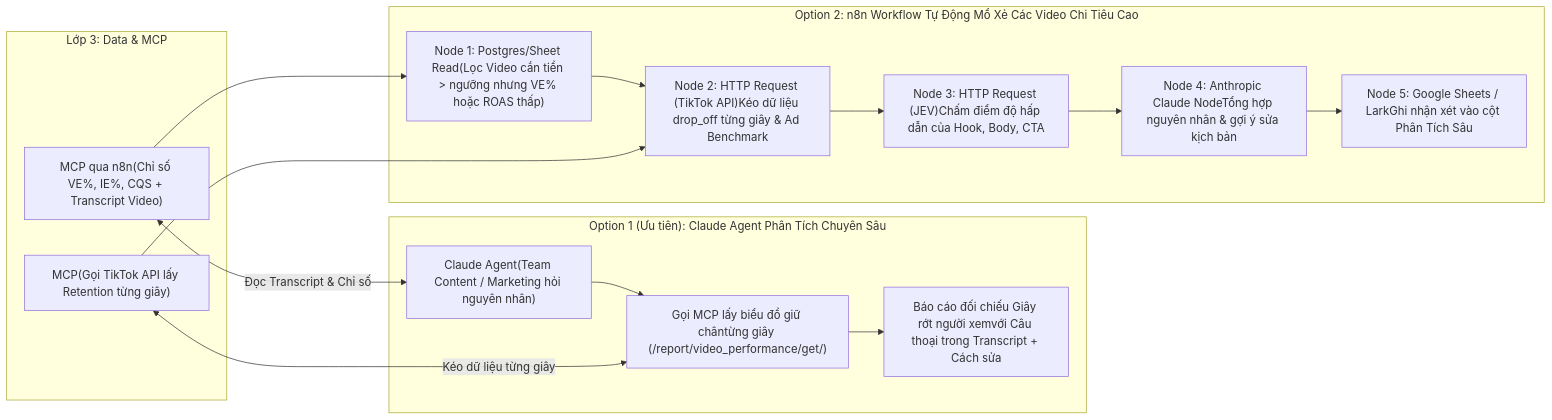
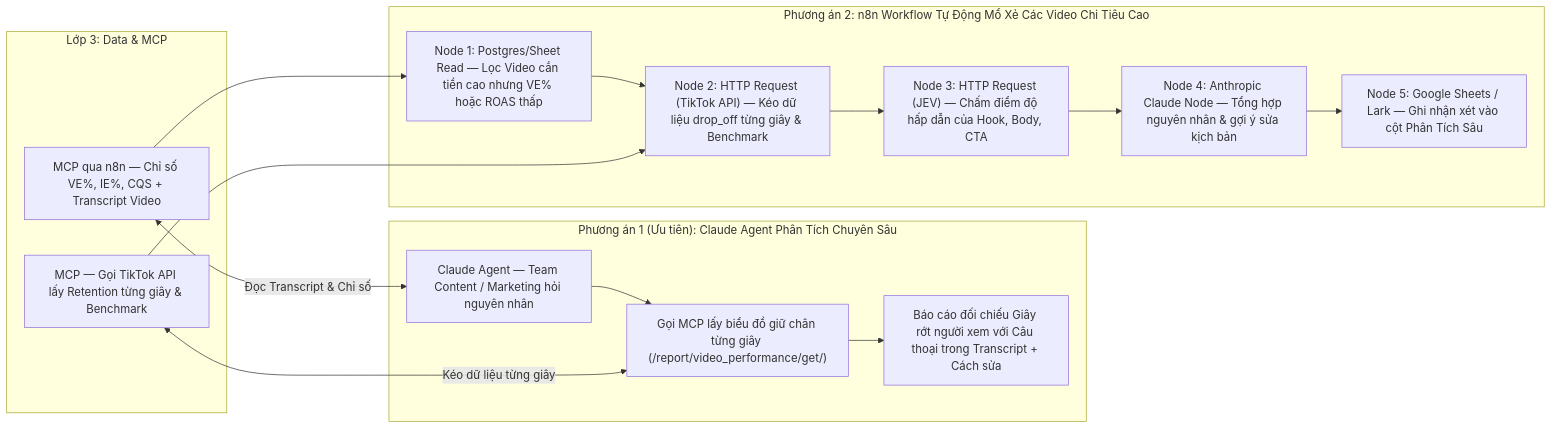
Before and after one commit to hattorimkk/api-docs: the seventh of 17 diagrams in SYSTEM_ARCHITECTURE.md, drawn with Mermaid. The commit also changed other lines of this file, not shown here.

Commit message:
sửa format tí

````diff
--- a/SYSTEM_ARCHITECTURE.md
+++ b/SYSTEM_ARCHITECTURE.md
@@ -457,29 +597,29 @@
 ```mermaid
 flowchart LR
-    subgraph L3_VID["Lớp 3: Data & MCP"]
-        V_DATA["MCP qua n8n(Chỉ số VE%, IE%, CQS + Transcript Video)"]
-        V_API["MCP(Gọi TikTok API lấy Retention từng giây)"]
+    subgraph L3_2B["Lớp 3: Data & MCP"]
+        V_DATA["MCP qua n8n — Chỉ số VE%, IE%, CQS + Transcript Video"]
+        V_API["MCP — Gọi TikTok API lấy Retention từng giây & Benchmark"]
     end
 
-    subgraph OPT1_VID["Option 1 (Ưu tiên): Claude Agent Phân Tích Chuyên Sâu"]
-        CLAUDE_V["Claude Agent(Team Content / Marketing hỏi nguyên nhân)"]
-        TOOL_RET["Gọi MCP lấy biểu đồ giữ chântừng giây (/report/video_performance/get/)"]
-        OUT_V["Báo cáo đối chiếu Giây rớt người xemvới Câu thoại trong Transcript + Cách sửa"]
-        CLAUDE_V --> TOOL_RET --> OUT_V
+    subgraph OPT1_2B["Phương án 1 (Ưu tiên): Claude Agent Phân Tích Chuyên Sâu"]
+        CLAUDE_2B["Claude Agent — Team Content / Marketing hỏi nguyên nhân"]
+        TOOL_RET["Gọi MCP lấy biểu đồ giữ chân từng giây (/report/video_performance/get/)"]
+        OUT_2B["Báo cáo đối chiếu Giây rớt người xem với Câu thoại trong Transcript + Cách sửa"]
+        CLAUDE_2B --> TOOL_RET --> OUT_2B
     end
 
-    subgraph OPT2_VID["Option 2: n8n Workflow Tự Động Mổ Xẻ Các Video Chi Tiêu Cao"]
-        NV1["Node 1: Postgres/Sheet Read(Lọc Video cắn tiền > ngưỡng nhưng VE% hoặc ROAS thấp)"]
-        NV2["Node 2: HTTP Request (TikTok API)Kéo dữ liệu drop_off từng giây & Ad Benchmark"]
-        NV3["Node 3: HTTP Request (JEV)Chấm điểm độ hấp dẫn của Hook, Body, CTA"]
-        NV4["Node 4: Anthropic Claude NodeTổng hợp nguyên nhân & gợi ý sửa kịch bản"]
-        NV5["Node 5: Google Sheets / LarkGhi nhận xét vào cột Phân Tích Sâu"]
-        NV1 --> NV2 --> NV3 --> NV4 --> NV5
+    subgraph OPT2_2B["Phương án 2: n8n Workflow Tự Động Mổ Xẻ Các Video Chi Tiêu Cao"]
+        NV_1["Node 1: Postgres/Sheet Read — Lọc Video cắn tiền cao nhưng VE% hoặc ROAS thấp"]
+        NV_2["Node 2: HTTP Request (TikTok API) — Kéo dữ liệu drop_off từng giây & Benchmark"]
+        NV_3["Node 3: HTTP Request (JEV) — Chấm điểm độ hấp dẫn của Hook, Body, CTA"]
+        NV_4["Node 4: Anthropic Claude Node — Tổng hợp nguyên nhân & gợi ý sửa kịch bản"]
+        NV_5["Node 5: Google Sheets / Lark — Ghi nhận xét vào cột Phân Tích Sâu"]
+        NV_1 --> NV_2 --> NV_3 --> NV_4 --> NV_5
     end
 
-    V_DATA <-->|"Đọc Transcript & Chỉ số"| CLAUDE_V
+    V_DATA <-->|"Đọc Transcript & Chỉ số"| CLAUDE_2B
     V_API <-->|"Kéo dữ liệu từng giây"| TOOL_RET
 
-    V_DATA --> NV1
-    V_API --> NV2
+    V_DATA --> NV_1
+    V_API --> NV_2
 ```
````
